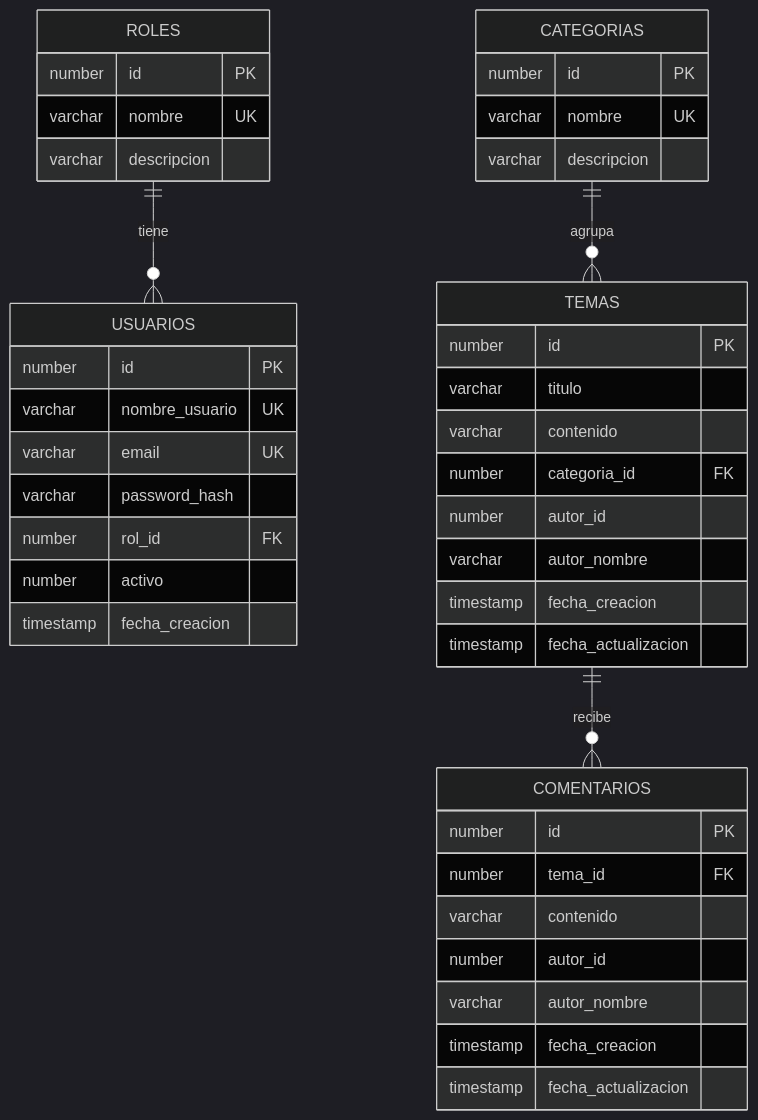
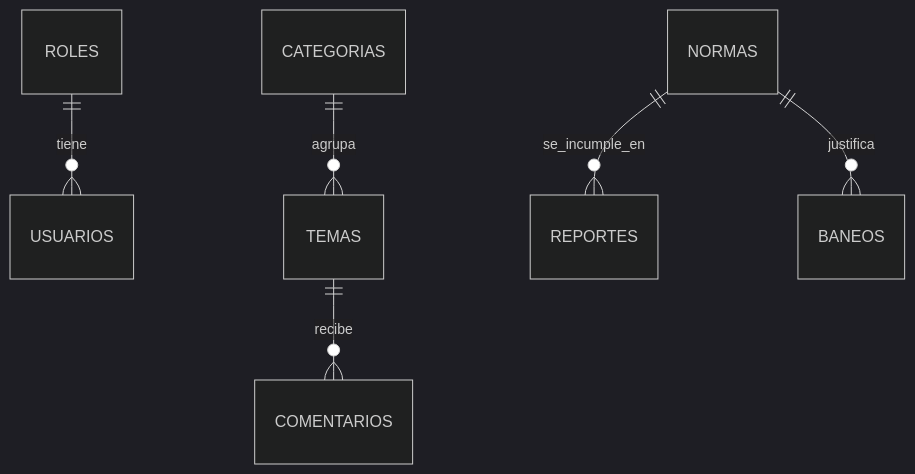
The second of 2 diagrams in README.md (RobertoASF/foro-infra), drawn with Mermaid (dark theme) before and after one commit. The commit also changed other lines of this file, not shown here.

````diff
--- a/README.md
+++ b/README.md
@@ -38,45 +55,8 @@
 ```mermaid
 erDiagram
     ROLES ||--o{ USUARIOS : tiene
     CATEGORIAS ||--o{ TEMAS : agrupa
     TEMAS ||--o{ COMENTARIOS : recibe
-
-    ROLES {
-        number id PK
-        varchar nombre UK
-        varchar descripcion
-    }
-    USUARIOS {
-        number id PK
-        varchar nombre_usuario UK
-        varchar email UK
-        varchar password_hash
-        number rol_id FK
-        number activo
-        timestamp fecha_creacion
-    }
-    CATEGORIAS {
-        number id PK
-        varchar nombre UK
-        varchar descripcion
-    }
-    TEMAS {
-        number id PK
-        varchar titulo
-        varchar contenido
-        number categoria_id FK
-        number autor_id
-        varchar autor_nombre
-        timestamp fecha_creacion
-        timestamp fecha_actualizacion
-    }
-    COMENTARIOS {
-        number id PK
-        number tema_id FK
-        varchar contenido
-        number autor_id
-        varchar autor_nombre
-        timestamp fecha_creacion
-        timestamp fecha_actualizacion
-    }
+    NORMAS ||--o{ REPORTES : se_incumple_en
+    NORMAS ||--o{ BANEOS : justifica
 ```
````
